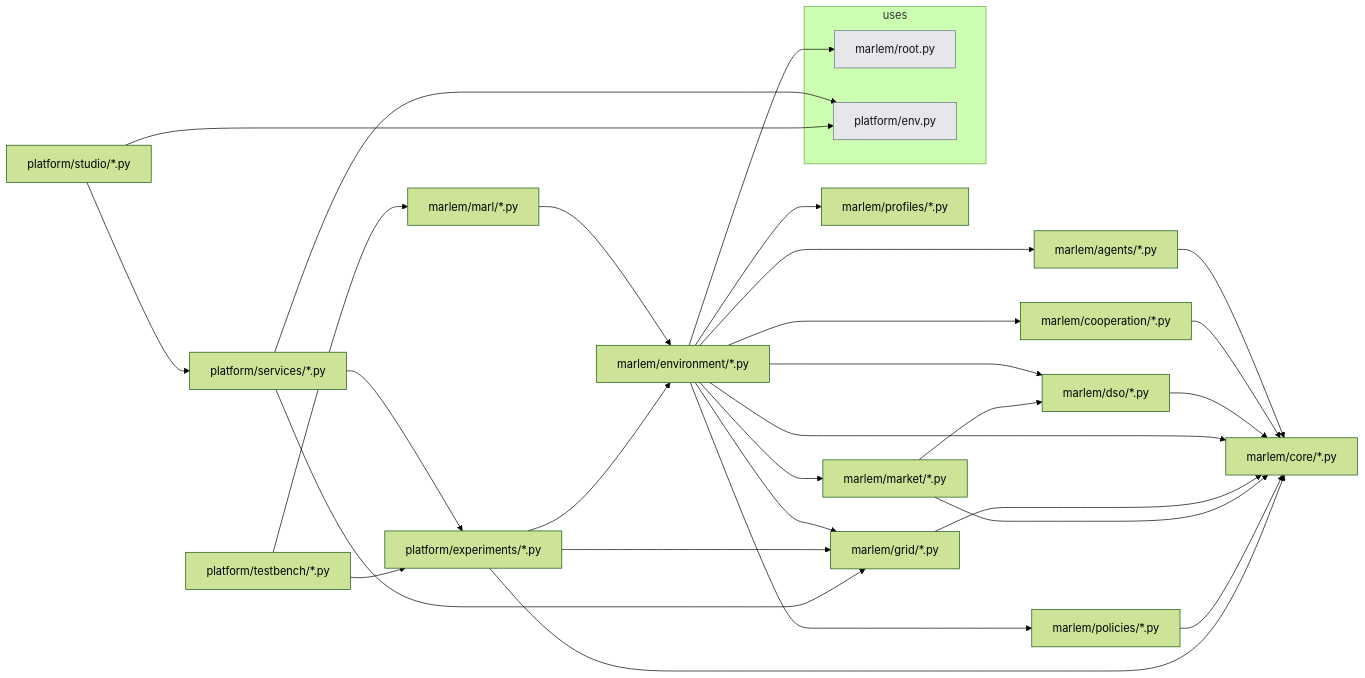
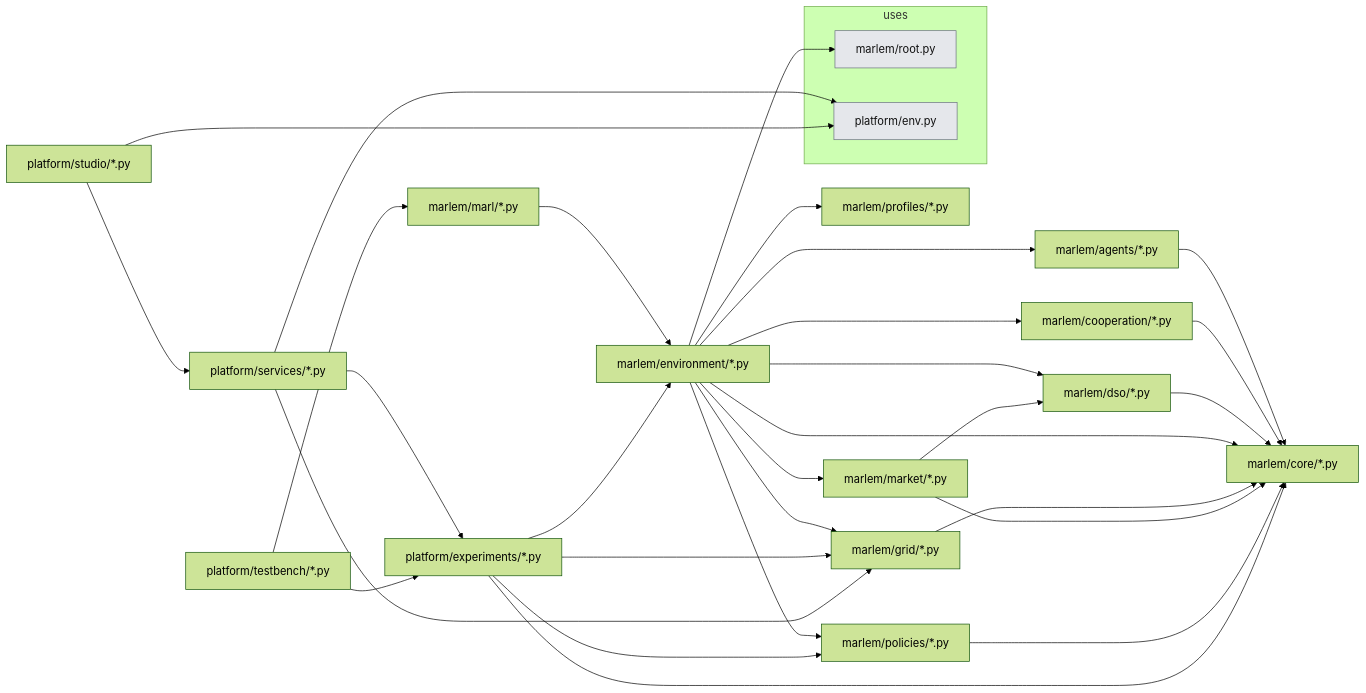
The second of 2 diagrams in src_thesis/README.md (KevinRapo/P2P-thesis), drawn with Mermaid (forest theme) before and after one commit. The commit also changed 11 other files, not shown here.

````diff
--- a/src_thesis/README.md
+++ b/src_thesis/README.md
@@ -89,49 +89,50 @@
 ```mermaid
 flowchart LR
   n_marlem_agents__["marlem/agents/*.py"]
   n_marlem_cooperation__["marlem/cooperation/*.py"]
   n_marlem_core__["marlem/core/*.py"]
   n_marlem_dso__["marlem/dso/*.py"]
   n_marlem_environment__["marlem/environment/*.py"]
   n_marlem_grid__["marlem/grid/*.py"]
   n_marlem_market__["marlem/market/*.py"]
   n_marlem_marl__["marlem/marl/*.py"]
   n_marlem_policies__["marlem/policies/*.py"]
   n_marlem_profiles__["marlem/profiles/*.py"]
   n_platform_experiments__["platform/experiments/*.py"]
   n_platform_services__["platform/services/*.py"]
   n_platform_studio__["platform/studio/*.py"]
   n_platform_testbench__["platform/testbench/*.py"]
   subgraph USES["uses"]
     n_marlem_root["marlem/root.py"]:::ext
     n_platform_env["platform/env.py"]:::ext
   end
   n_marlem_agents__ --> n_marlem_core__
   n_marlem_cooperation__ --> n_marlem_core__
   n_marlem_dso__ --> n_marlem_core__
   n_marlem_environment__ --> n_marlem_agents__
   n_marlem_environment__ --> n_marlem_cooperation__
   n_marlem_environment__ --> n_marlem_core__
   n_marlem_environment__ --> n_marlem_dso__
   n_marlem_environment__ --> n_marlem_grid__
   n_marlem_environment__ --> n_marlem_market__
   n_marlem_environment__ --> n_marlem_policies__
   n_marlem_environment__ --> n_marlem_profiles__
   n_marlem_environment__ --> n_marlem_root
   n_marlem_grid__ --> n_marlem_core__
   n_marlem_market__ --> n_marlem_core__
   n_marlem_market__ --> n_marlem_dso__
   n_marlem_marl__ --> n_marlem_environment__
   n_marlem_policies__ --> n_marlem_core__
   n_platform_experiments__ --> n_marlem_core__
   n_platform_experiments__ --> n_marlem_environment__
   n_platform_experiments__ --> n_marlem_grid__
+  n_platform_experiments__ --> n_marlem_policies__
   n_platform_services__ --> n_marlem_grid__
   n_platform_services__ --> n_platform_env
   n_platform_services__ --> n_platform_experiments__
   n_platform_studio__ --> n_platform_env
   n_platform_studio__ --> n_platform_services__
   n_platform_testbench__ --> n_marlem_marl__
   n_platform_testbench__ --> n_platform_experiments__
   classDef ext fill:#e5e7eb,stroke:#6b7280,color:#111
 ```
````
